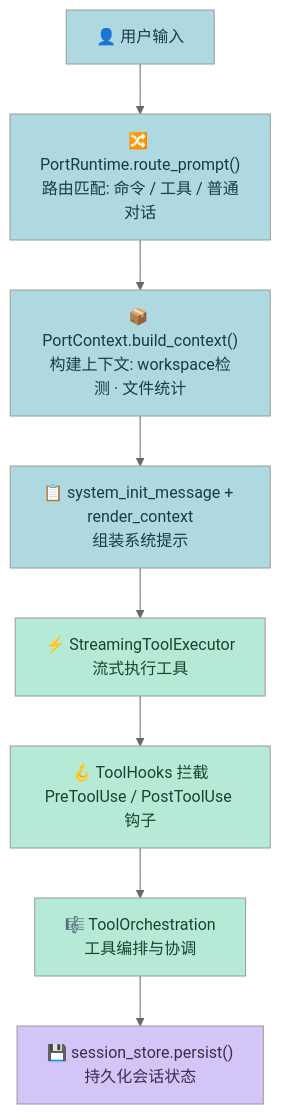
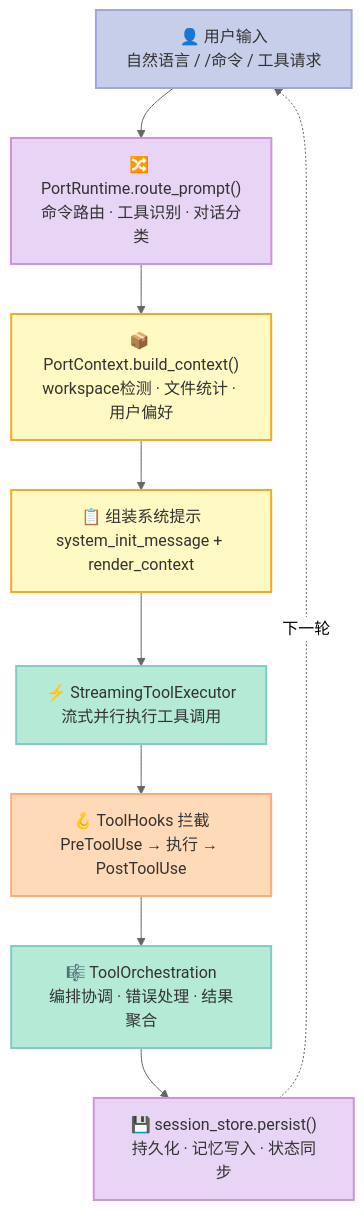
Before and after one commit to xuqi2024/xuqi2024.github.io: the first of 6 diagrams in source/_posts/2026-04-15-claude-code-source-analysis.md, drawn with Mermaid (neutral theme). The commit also changed other lines of this file and 23 other files, not shown here.

````diff
--- a/source/_posts/2026-04-15-claude-code-source-analysis.md
+++ b/source/_posts/2026-04-15-claude-code-source-analysis.md
@@ -72,22 +97,24 @@
 ```mermaid
 graph TD
-    UI["👤 用户输入"]
-    RR["🔀 PortRuntime.route_prompt()<br/>路由匹配: 命令 / 工具 / 普通对话"]
-    BC["📦 PortContext.build_context()<br/>构建上下文: workspace检测 · 文件统计"]
-    SI["📋 system_init_message + render_context<br/>组装系统提示"]
-    SE["⚡ StreamingToolExecutor<br/>流式执行工具"]
-    TH["🪝 ToolHooks 拦截<br/>PreToolUse / PostToolUse 钩子"]
-    TO["🎼 ToolOrchestration<br/>工具编排与协调"]
-    SP["💾 session_store.persist()<br/>持久化会话状态"]
+    UI["👤 用户输入<br/>自然语言 / /命令 / 工具请求"]
+    RR["🔀 PortRuntime.route_prompt()<br/>命令路由 · 工具识别 · 对话分类"]
+    BC["📦 PortContext.build_context()<br/>workspace检测 · 文件统计 · 用户偏好"]
+    SI["📋 组装系统提示<br/>system_init_message + render_context"]
+    SE["⚡ StreamingToolExecutor<br/>流式并行执行工具调用"]
+    TH["🪝 ToolHooks 拦截<br/>PreToolUse → 执行 → PostToolUse"]
+    TO["🎼 ToolOrchestration<br/>编排协调 · 错误处理 · 结果聚合"]
+    SP["💾 session_store.persist()<br/>持久化 · 记忆写入 · 状态同步"]
 
-    UI --> RR --> BC --> SI --> SE --> TH --> TO --> SP
+    UI --> RR --> BC --> SI --> SE
+    SE --> TH --> TO --> SP
+    SP -.->|"下一轮"| UI
 
-    style UI fill:#AED9E0,color:#1A3A4A
-    style RR fill:#AED9E0,color:#1A3A4A
-    style BC fill:#AED9E0,color:#1A3A4A
-    style SI fill:#AED9E0,color:#1A3A4A
-    style SE fill:#B5EAD7,color:#1B4332
-    style TH fill:#B5EAD7,color:#1B4332
-    style TO fill:#B5EAD7,color:#1B4332
-    style SP fill:#D4C5F9,color:#3D2B4F
+    style UI fill:#C7CEEA,stroke:#9FA8DA,stroke-width:2px,color:#333
+    style RR fill:#E8D5F5,stroke:#CE93D8,stroke-width:2px,color:#333
+    style BC fill:#FFF9C4,stroke:#F9A825,stroke-width:2px,color:#333
+    style SI fill:#FFF9C4,stroke:#F9A825,stroke-width:2px,color:#333
+    style SE fill:#B5EAD7,stroke:#80CBC4,stroke-width:2px,color:#333
+    style TH fill:#FFDAB9,stroke:#FFAB76,stroke-width:2px,color:#333
+    style TO fill:#B5EAD7,stroke:#80CBC4,stroke-width:2px,color:#333
+    style SP fill:#E8D5F5,stroke:#CE93D8,stroke-width:2px,color:#333
 ```
````
